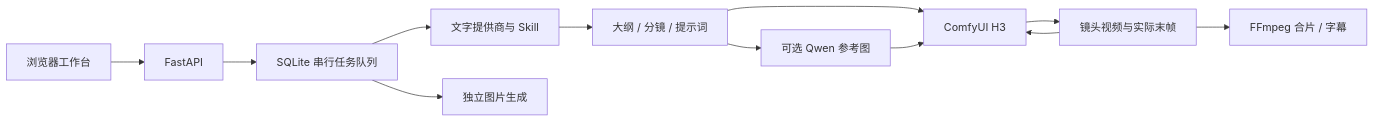
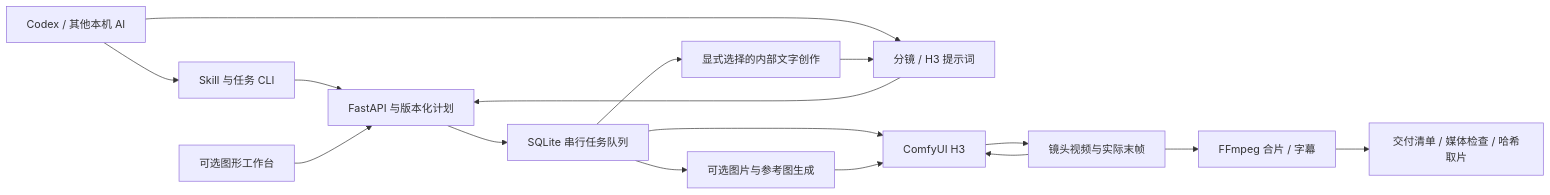
The diagram in README.md (estel-li/short-drama-factory), drawn with Mermaid before and after one commit. The commit also changed other lines of this file and 27 other files, not shown here.

````diff
--- a/README.md
+++ b/README.md
@@ -153,14 +160,18 @@
 ```mermaid
 flowchart LR
-    A[浏览器工作台] --> B[FastAPI]
+    A[Codex / 其他本机 AI] --> S[Skill 与任务 CLI]
+    S --> B[FastAPI 与版本化计划]
+    W[可选图形工作台] --> B
     B --> C[SQLite 串行任务队列]
-    C --> D[文字提供商与 Skill]
-    D --> E[大纲 / 分镜 / 提示词]
-    E --> F[ComfyUI H3]
-    E --> I[可选 Qwen 参考图]
+    A --> E[分镜 / H3 提示词]
+    E --> B
+    C --> D[显式选择的内部文字创作]
+    D --> E
+    C --> F[ComfyUI H3]
+    C --> I[可选图片与参考图生成]
     I --> F
-    C --> J[独立图片生成]
     F --> G[镜头视频与实际末帧]
     G --> F
     G --> H[FFmpeg 合片 / 字幕]
+    H --> Q[交付清单 / 媒体检查 / 哈希取片]
 ```
````
